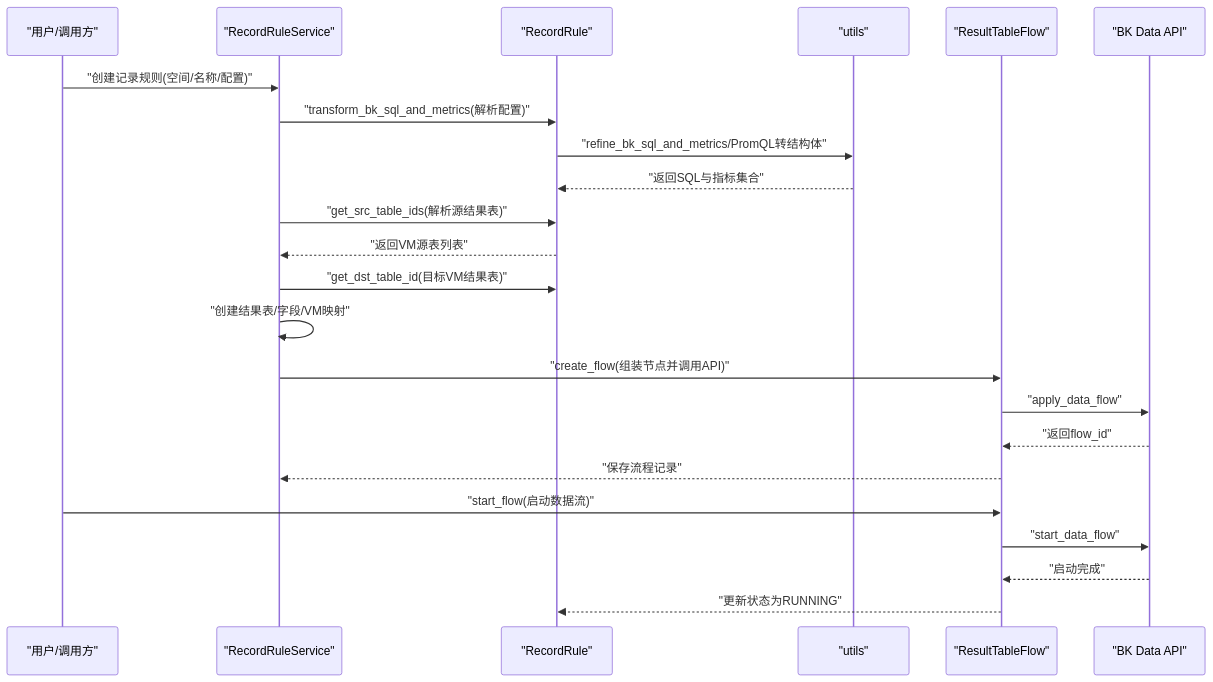
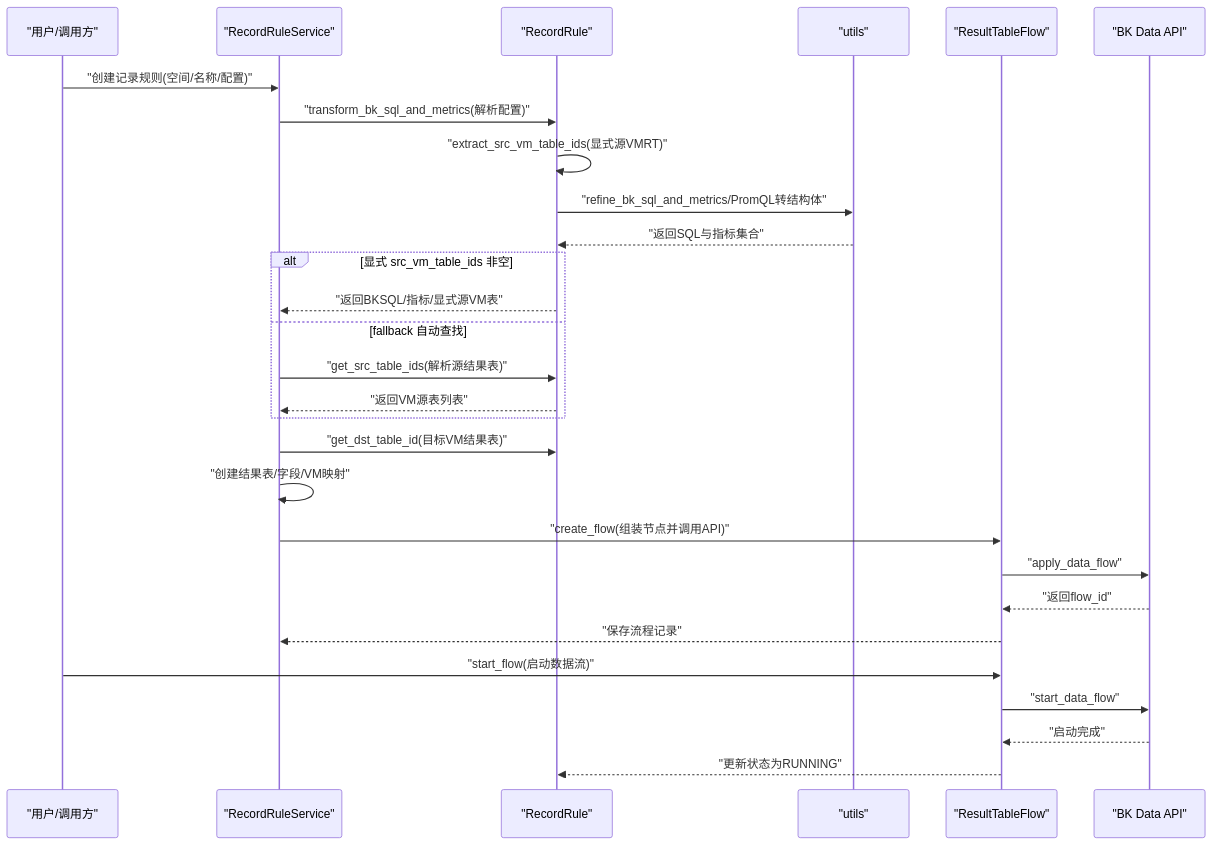
The second of 6 diagrams in wiki/核心模块架构/元数据管理模块/元数据模型设计/记录规则模型.md (HACK-WU/bk-monitor-wiki), drawn with Mermaid before and after one commit. The commit also changed other lines of this file and 22 other files, not shown here.

````diff
--- a/wiki/核心模块架构/元数据管理模块/元数据模型设计/记录规则模型.md
+++ b/wiki/核心模块架构/元数据管理模块/元数据模型设计/记录规则模型.md
@@ -101,25 +101,30 @@
 ```mermaid
 sequenceDiagram
 participant 用户 as "用户/调用方"
 participant 服务 as "RecordRuleService"
 participant 规则 as "RecordRule"
 participant 工具 as "utils"
 participant 流程 as "ResultTableFlow"
 participant 平台 as "BK Data API"
 用户->>服务 : "创建记录规则(空间/名称/配置)"
 服务->>规则 : "transform_bk_sql_and_metrics(解析配置)"
+规则->>规则 : "extract_src_vm_table_ids(显式源VMRT)"
 规则->>工具 : "refine_bk_sql_and_metrics/PromQL转结构体"
 工具-->>规则 : "返回SQL与指标集合"
-服务->>规则 : "get_src_table_ids(解析源结果表)"
-规则-->>服务 : "返回VM源表列表"
+alt 显式 src_vm_table_ids 非空
+    规则-->>服务 : "返回BKSQL/指标/显式源VM表"
+else fallback 自动查找
+    服务->>规则 : "get_src_table_ids(解析源结果表)"
+    规则-->>服务 : "返回VM源表列表"
+end
 服务->>规则 : "get_dst_table_id(目标VM结果表)"
 服务->>服务 : "创建结果表/字段/VM映射"
 服务->>流程 : "create_flow(组装节点并调用API)"
 流程->>平台 : "apply_data_flow"
 平台-->>流程 : "返回flow_id"
 流程-->>服务 : "保存流程记录"
 用户->>流程 : "start_flow(启动数据流)"
 流程->>平台 : "start_data_flow"
 平台-->>流程 : "启动完成"
 流程-->>规则 : "更新状态为RUNNING"
 ```
````
